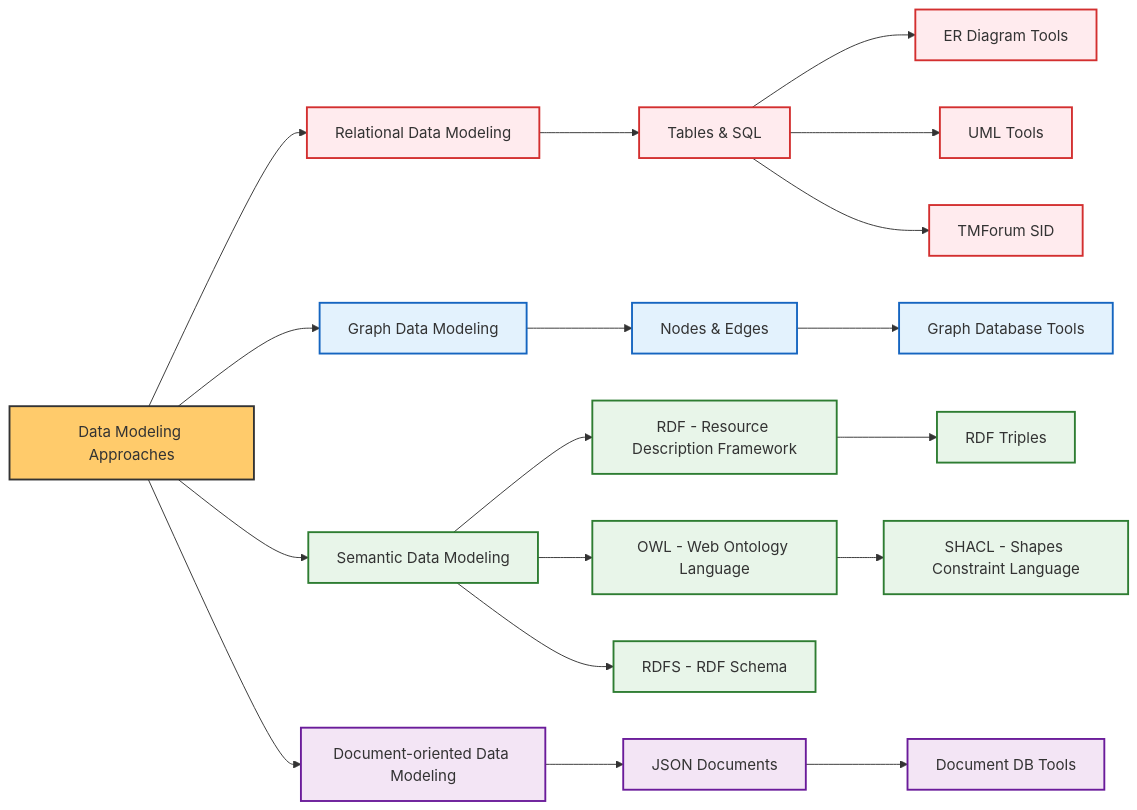
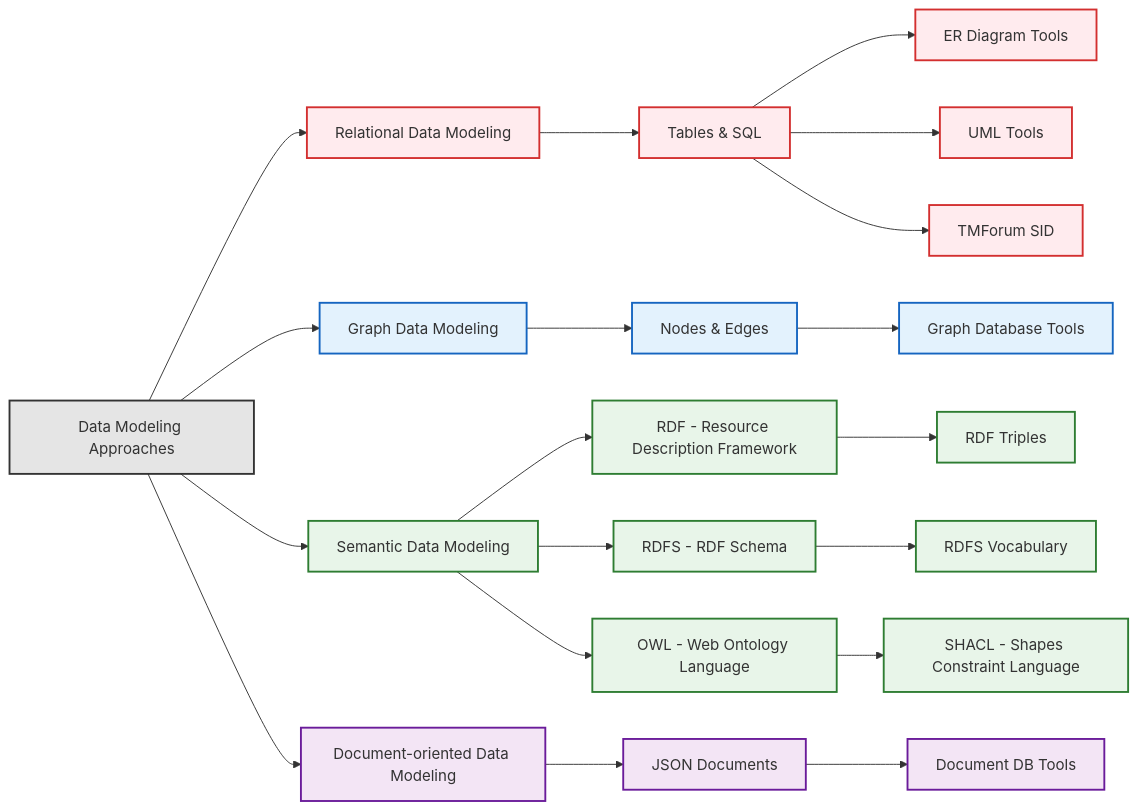
Before and after one commit to kanad13/data_modeling: the diagram in readme.md, drawn with Mermaid. The commit also changed other lines of this file and 3 other files, not shown here.

Commit message:
actual links added to diagrams

````diff
--- a/readme.md
+++ b/readme.md
@@ -172,8 +14,8 @@
 graph LR
     %% Main node
     DM["Data Modeling Approaches"]
-    style DM fill:#ffcb6b,stroke:#333,stroke-width:2px
-    click DM href "https://google.com" "Click for more information"
+    style DM fill:#e5e5e5,stroke:#333,stroke-width:2px
+    click DM href "https://github.com/kanad13/data_modeling/blob/master/100-data_modeling_techniques/05-overview_of_data_modeling_concepts.md" "Click for more information"
 
     %% First level connections
     DM --> RDM
@@ -190,10 +32,10 @@
     style GDM fill:#e3f2fd,stroke:#1565c0,stroke-width:2px
     style SDM fill:#e8f5e9,stroke:#2e7d32,stroke-width:2px
     style DDM fill:#f3e5f5,stroke:#6a1b9a,stroke-width:2px
-    click RDM href "https://google.com" "Click for more information"
-    click GDM href "https://google.com" "Click for more information"
-    click SDM href "https://google.com" "Click for more information"
-    click DDM href "https://google.com" "Click for more information"
+    click RDM href "https://github.com/kanad13/data_modeling/blob/master/100-data_modeling_techniques/10-relational_data_modeling.md" "Click for more information"
+    click GDM href "https://github.com/kanad13/data_modeling/blob/master/100-data_modeling_techniques/20-graph_data_modeling.md" "Click for more information"
+    click SDM href "https://github.com/kanad13/data_modeling/blob/master/100-data_modeling_techniques/30-semantic_data_modeling.md" "Click for more information"
+    click DDM href "https://github.com/kanad13/data_modeling/blob/master/100-data_modeling_techniques/40-json_based_modeling.md" "Click for more information"
 
     %% First level Implementations - Parent Level 2
     Tables["Tables & SQL"]
@@ -205,9 +47,9 @@
     style Tables fill:#ffebee,stroke:#d32f2f,stroke-width:2px
     style NodesEdges fill:#e3f2fd,stroke:#1565c0,stroke-width:2px
     style Documents fill:#f3e5f5,stroke:#6a1b9a,stroke-width:2px
-    click Tables href "https://google.com" "Click for more information"
-    click NodesEdges href "https://google.com" "Click for more information"
-    click Documents href "https://google.com" "Click for more information"
+    click Tables href "https://github.com/kanad13/data_modeling/blob/master/100-data_modeling_techniques/10-relational_data_modeling.md" "Click for more information"
+    click NodesEdges href "https://github.com/kanad13/data_modeling/blob/master/100-data_modeling_techniques/20-graph_data_modeling.md" "Click for more information"
+    click Documents href "https://github.com/kanad13/data_modeling/blob/master/100-data_modeling_techniques/40-json_based_modeling.md" "Click for more information"
 
     %% Tools and Technologies & Semantic specifics - Parent Level 3
     ERTools["ER Diagram Tools"]
@@ -234,22 +76,26 @@
     style RDF fill:#e8f5e9,stroke:#2e7d32,stroke-width:2px
     style RDFS fill:#e8f5e9,stroke:#2e7d32,stroke-width:2px
     style OWL fill:#e8f5e9,stroke:#2e7d32,stroke-width:2px
-    click ERTools href "https://google.com" "Click for more information"
-    click UMLTools href "https://google.com" "Click for more information"
-    click TMFSID href "https://google.com" "Click for more information"
-    click GraphTools href "https://google.com" "Click for more information"
-    click DocumentTools href "https://google.com" "Click for more information"
-    click RDF href "https://google.com" "Click for more information"
-    click RDFS href "https://google.com" "Click for more information"
-    click OWL href "https://google.com" "Click for more information"
+    click ERTools href "https://github.com/kanad13/data_modeling/blob/master/120-data_modeling_tools/10-er_diagram_tools.md" "Click for more information"
+    click UMLTools href "https://github.com/kanad13/data_modeling/blob/master/120-data_modeling_tools/20-uml_tools.md" "Click for more information"
+    click TMFSID href "https://github.com/kanad13/data_modeling/blob/master/200-domain_specific_models/10-tm_forum.md" "Click for more information"
+    click GraphTools href "https://github.com/kanad13/data_modeling/blob/master/120-data_modeling_tools/30-graph_data_modeling_tools.md" "Click for more information"
+    click DocumentTools href "https://github.com/kanad13/data_modeling/blob/master/120-data_modeling_tools/50-json_based_modeling_tools.md" "Click for more information"
+    click RDF href "https://github.com/kanad13/data_modeling/blob/master/100-data_modeling_techniques/31-resource_description_framework.md" "Click for more information"
+    click RDFS href "https://github.com/kanad13/data_modeling/blob/master/100-data_modeling_techniques/32-resource_description_framework_schema.md" "Click for more information"
+    click OWL href "https://github.com/kanad13/data_modeling/blob/master/100-data_modeling_techniques/33-web_ontology_language.md" "Click for more information"
 
     %% Semantic Data Modeling specifics - Deeper Level 4
     Triples["RDF Triples"]
+    RDFSVocabulary["RDFS Vocabulary"]
     SHACL["SHACL - Shapes Constraint Language"]
     RDF --> Triples
+    RDFS --> RDFSVocabulary
     OWL --> SHACL
     style Triples fill:#e8f5e9,stroke:#2e7d32,stroke-width:2px
+    style RDFSVocabulary fill:#e8f5e9,stroke:#2e7d32,stroke-width:2px
     style SHACL fill:#e8f5e9,stroke:#2e7d32,stroke-width:2px
-    click Triples href "https://google.com" "Click for more information"
-    click SHACL href "https://google.com" "Click for more information"
+    click Triples href "https://github.com/kanad13/data_modeling/blob/master/100-data_modeling_techniques/31-resource_description_framework.md" "Click for more information"
+    click RDFSVocabulary href "https://github.com/kanad13/data_modeling/blob/master/100-data_modeling_techniques/32-resource_description_framework_schema.md" "Click for more information"
+    click SHACL href "https://github.com/kanad13/data_modeling/blob/master/100-data_modeling_techniques/34-shapes_constraint_language.md" "Click for more information"
 ```
````
